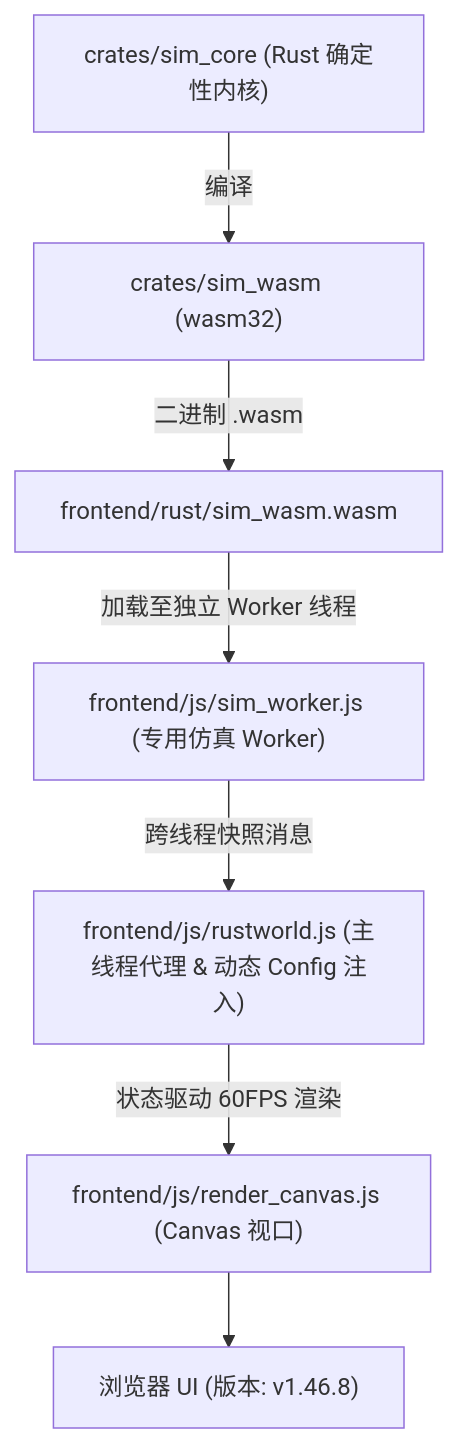
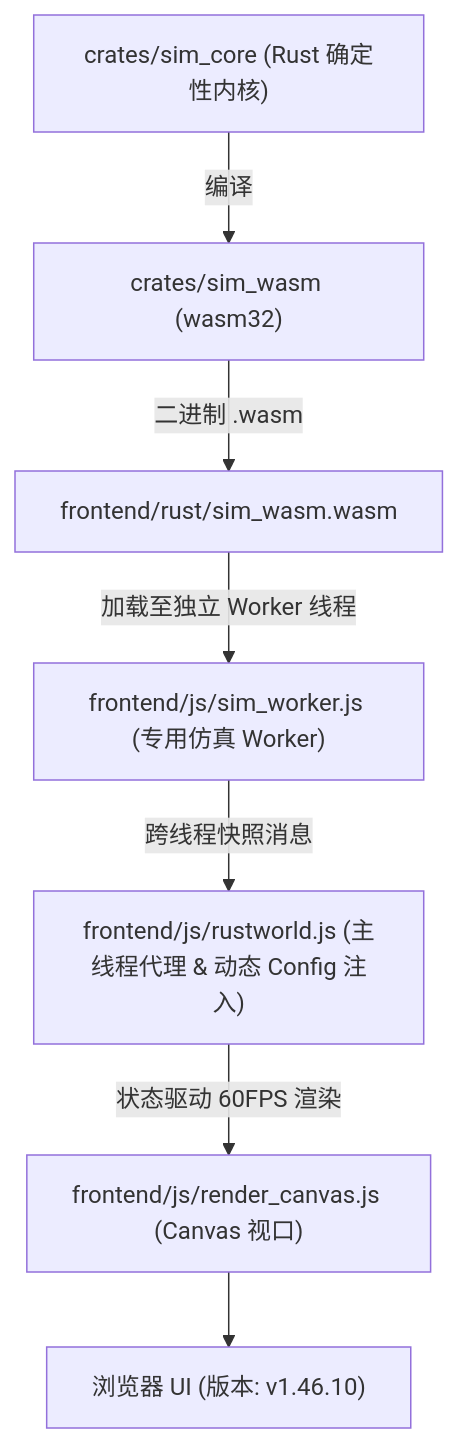
Before and after one commit to g39088902/FlowAndAccord: the diagram in AGENTS.md, drawn with Mermaid. The commit also changed other lines of this file and 69 other files, not shown here.

First line of the commit message:
feat(decisions): 落地 M19 意图策略解耦全阶段与控制台倍速优化 (v1.46.10)

````diff
--- a/AGENTS.md
+++ b/AGENTS.md
@@ -60,9 +60,9 @@
 ```mermaid
 graph TD
     A["crates/sim_core (Rust 确定性内核)"] -->|编译| B["crates/sim_wasm (wasm32)"]
     B -->|二进制 .wasm| C["frontend/rust/sim_wasm.wasm"]
     C -->|加载至独立 Worker 线程| D["frontend/js/sim_worker.js (专用仿真 Worker)"]
     D -->|跨线程快照消息| E["frontend/js/rustworld.js (主线程代理 & 动态 Config 注入)"]
     E -->|状态驱动 60FPS 渲染| F["frontend/js/render_canvas.js (Canvas 视口)"]
-    F --> G["浏览器 UI (版本: v1.46.8)"]
+    F --> G["浏览器 UI (版本: v1.46.10)"]
 ```
````
